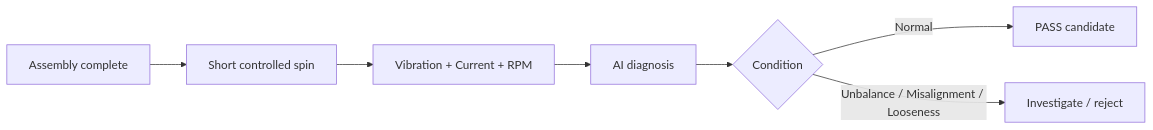
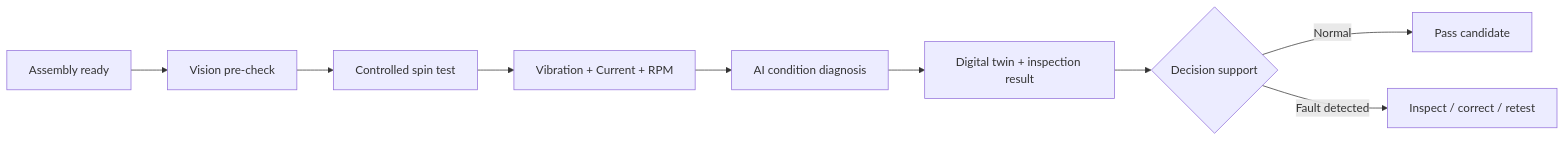
One commit to CADname/NEXis changed the first of 2 diagrams in README.md. Above: the diagram before and after it, drawn with Mermaid. The commit also changed other lines of this file and 31 other files, not shown here.

Commit message:
feat: expand NEXis inspection and vision workflow

````diff
--- a/README.md
+++ b/README.md
@@ -28,9 +20,11 @@
 ```mermaid
 flowchart LR
-    A[Assembly complete] --> B[Short controlled spin]
-    B --> C[Vibration + Current + RPM]
-    C --> D[AI diagnosis]
-    D --> E{Condition}
-    E -->|Normal| F[PASS candidate]
-    E -->|Unbalance / Misalignment / Looseness| G[Investigate / reject]
+    A[Assembly ready] --> B[Vision pre-check]
+    B --> C[Controlled spin test]
+    C --> D[Vibration + Current + RPM]
+    D --> E[AI condition diagnosis]
+    E --> F[Digital twin + inspection result]
+    F --> G{Decision support}
+    G -->|Normal| H[Pass candidate]
+    G -->|Fault detected| I[Inspect / correct / retest]
 ```
````
